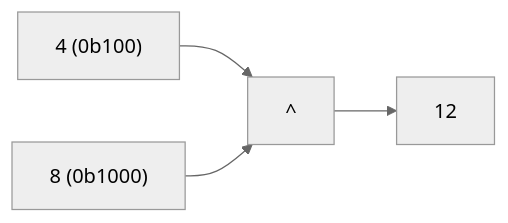
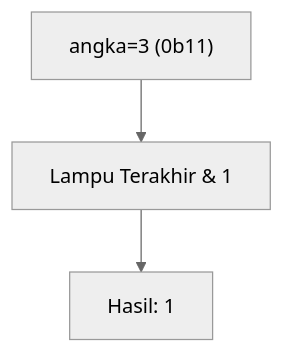
Diagram 11 of 25 in part-c-pemahaman-cpp/06-bitwise/latihan/set-10.md (amnahwaida/OSNK_INF_PREP), drawn with Mermaid (neutral theme) before and after one commit. The commit also changed other lines of this file and 71 other files, not shown here.

````diff
--- a/part-c-pemahaman-cpp/06-bitwise/latihan/set-10.md
+++ b/part-c-pemahaman-cpp/06-bitwise/latihan/set-10.md
@@ -285,6 +293,5 @@
 ```mermaid
-graph LR
-A["4 (0b100)"] --> C["^"]
-B["8 (0b1000)"] --> C
-C --> D["12"]
+graph TD
+A["angka=3 (0b11)"] --> B["Lampu Terakhir & 1"]
+B --> C["Hasil: 1"]
 ```
````
